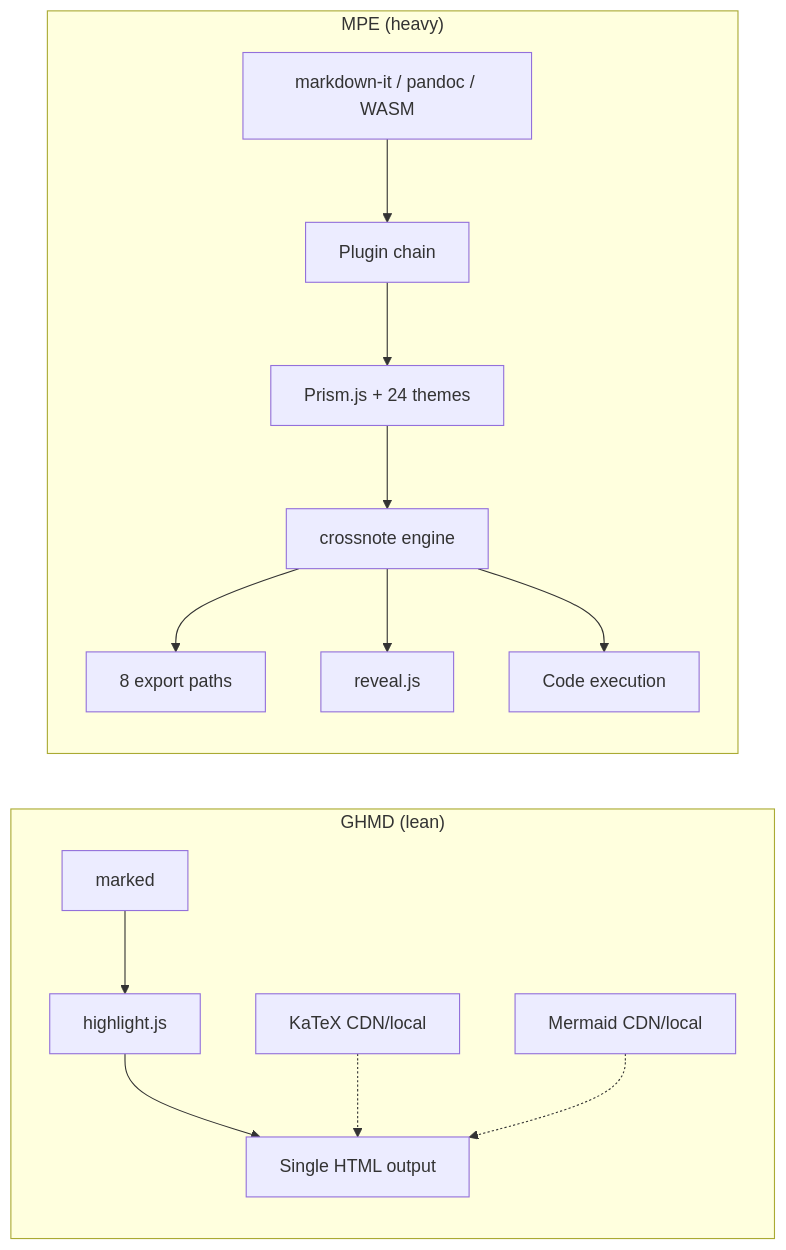
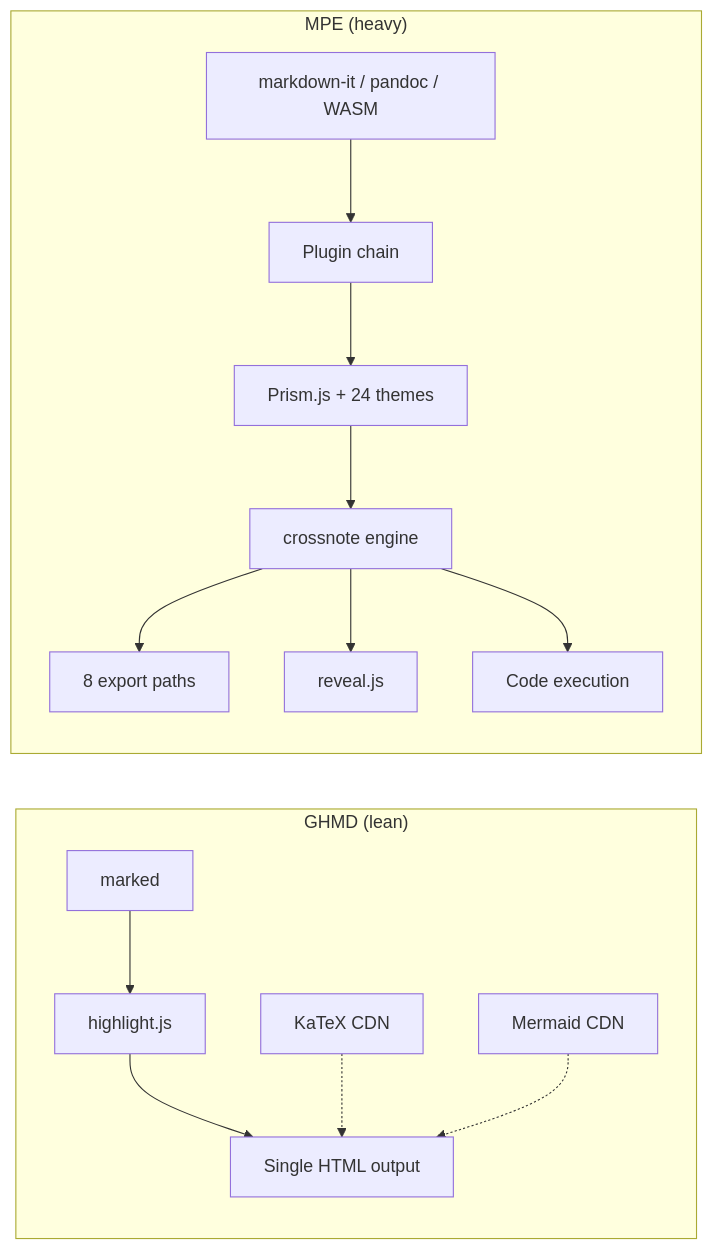
One commit to Ubpa/ghmd changed the first of 2 diagrams in docs/research.md. Above: the diagram before and after it, drawn with Mermaid. The commit also changed other lines of this file and 6 other files, not shown here.

````diff
--- a/docs/research.md
+++ b/docs/research.md
@@ -94,18 +94,18 @@
 ```mermaid
 flowchart LR
     subgraph GHMD["GHMD (lean)"]
         M1[marked] --> H1[highlight.js]
         H1 --> HTML1["Single HTML output"]
-        K1[KaTeX CDN/local] -.-> HTML1
-        MM1[Mermaid CDN/local] -.-> HTML1
+        K1[KaTeX CDN] -.-> HTML1
+        MM1[Mermaid CDN] -.-> HTML1
     end
 
     subgraph MPE["MPE (heavy)"]
         M2["markdown-it / pandoc / WASM"] --> P2[Plugin chain]
         P2 --> H2["Prism.js + 24 themes"]
         H2 --> HTML2["crossnote engine"]
         HTML2 --> EX["8 export paths"]
         HTML2 --> RV["reveal.js"]
         HTML2 --> CE["Code execution"]
     end
 ```
````
